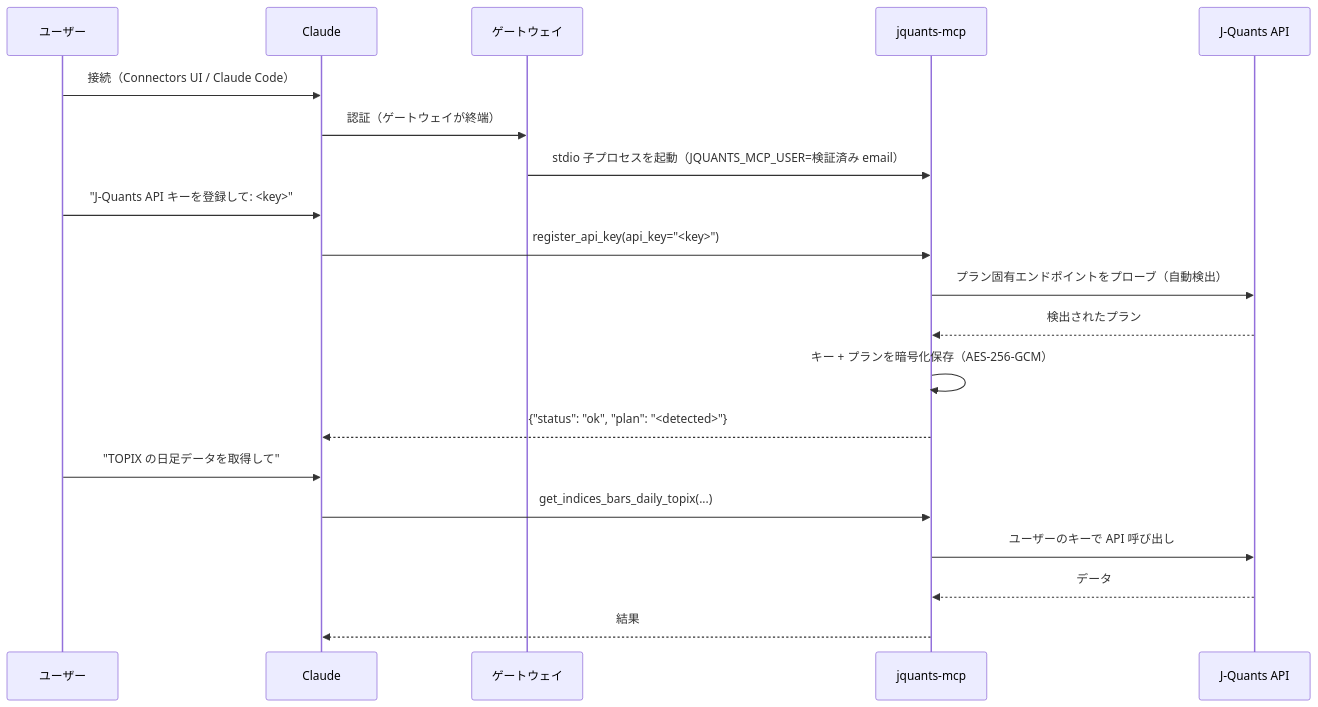
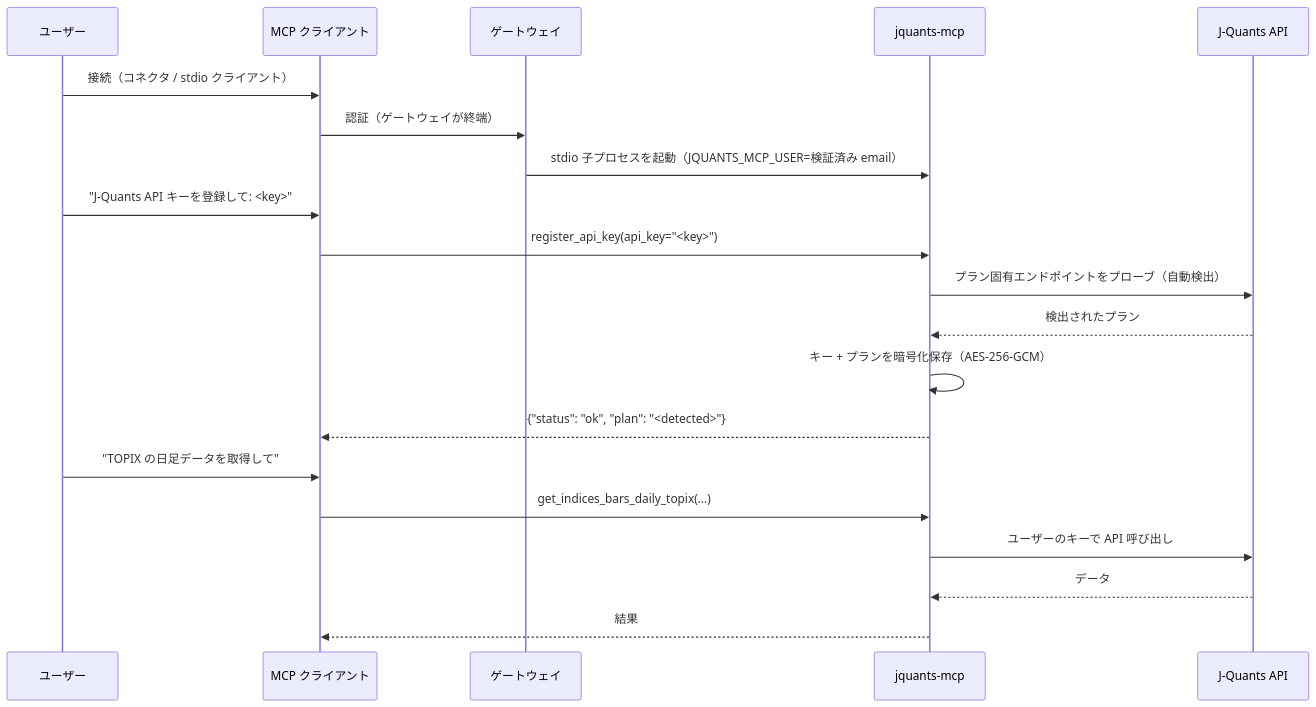
The first of 2 diagrams in README.ja.md (shigechika/jquants-mcp), drawn with Mermaid before and after one commit. The commit also changed other lines of this file and 15 other files, not shown here.

First line of the commit message:
docs: show jquants-mcp works with non-Claude MCP clients (Codex, Meta Muse) (#644)

````diff
--- a/README.ja.md
+++ b/README.ja.md
@@ -185,22 +185,22 @@
 ```mermaid
 sequenceDiagram
     participant U as ユーザー
-    participant C as Claude
+    participant C as MCP クライアント
     participant G as ゲートウェイ
     participant S as jquants-mcp
     participant J as J-Quants API
-    U->>C: 接続（Connectors UI / Claude Code）
+    U->>C: 接続（コネクタ / stdio クライアント）
     C->>G: 認証（ゲートウェイが終端）
     G->>S: stdio 子プロセスを起動（JQUANTS_MCP_USER=検証済み email）
     U->>C: "J-Quants API キーを登録して: <key>"
     C->>S: register_api_key(api_key="<key>")
     S->>J: プラン固有エンドポイントをプローブ（自動検出）
     J-->>S: 検出されたプラン
     S->>S: キー + プランを暗号化保存（AES-256-GCM）
     S-->>C: {"status": "ok", "plan": "<detected>"}
     U->>C: "TOPIX の日足データを取得して"
     C->>S: get_indices_bars_daily_topix(...)
     S->>J: ユーザーのキーで API 呼び出し
     J-->>S: データ
     S-->>C: 結果
 ```
````
